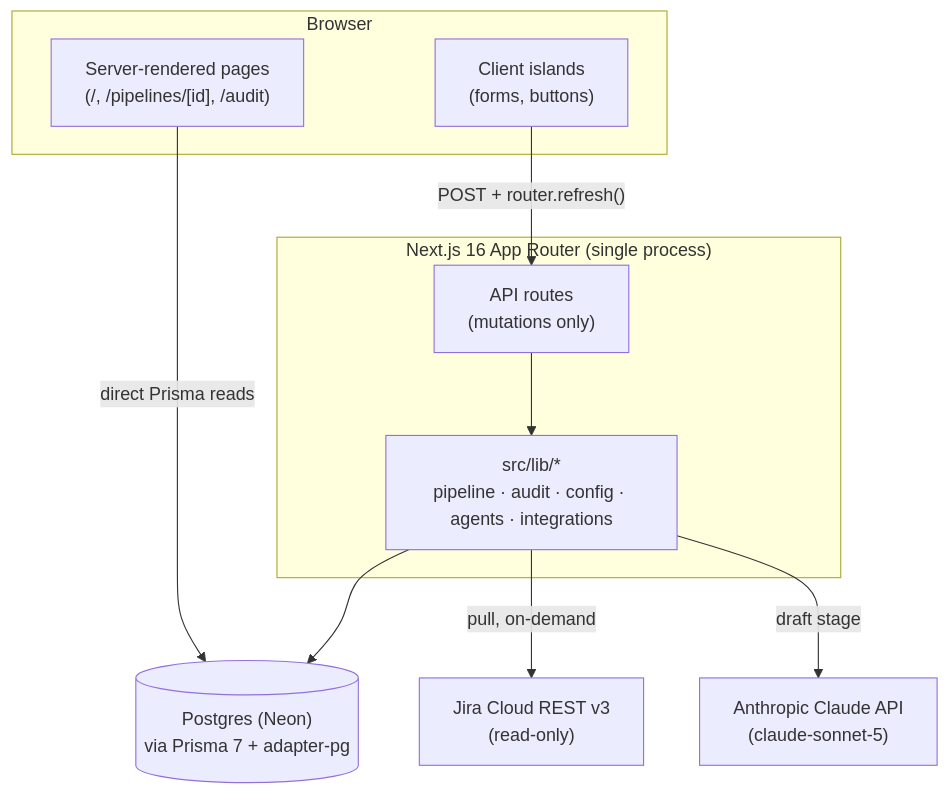
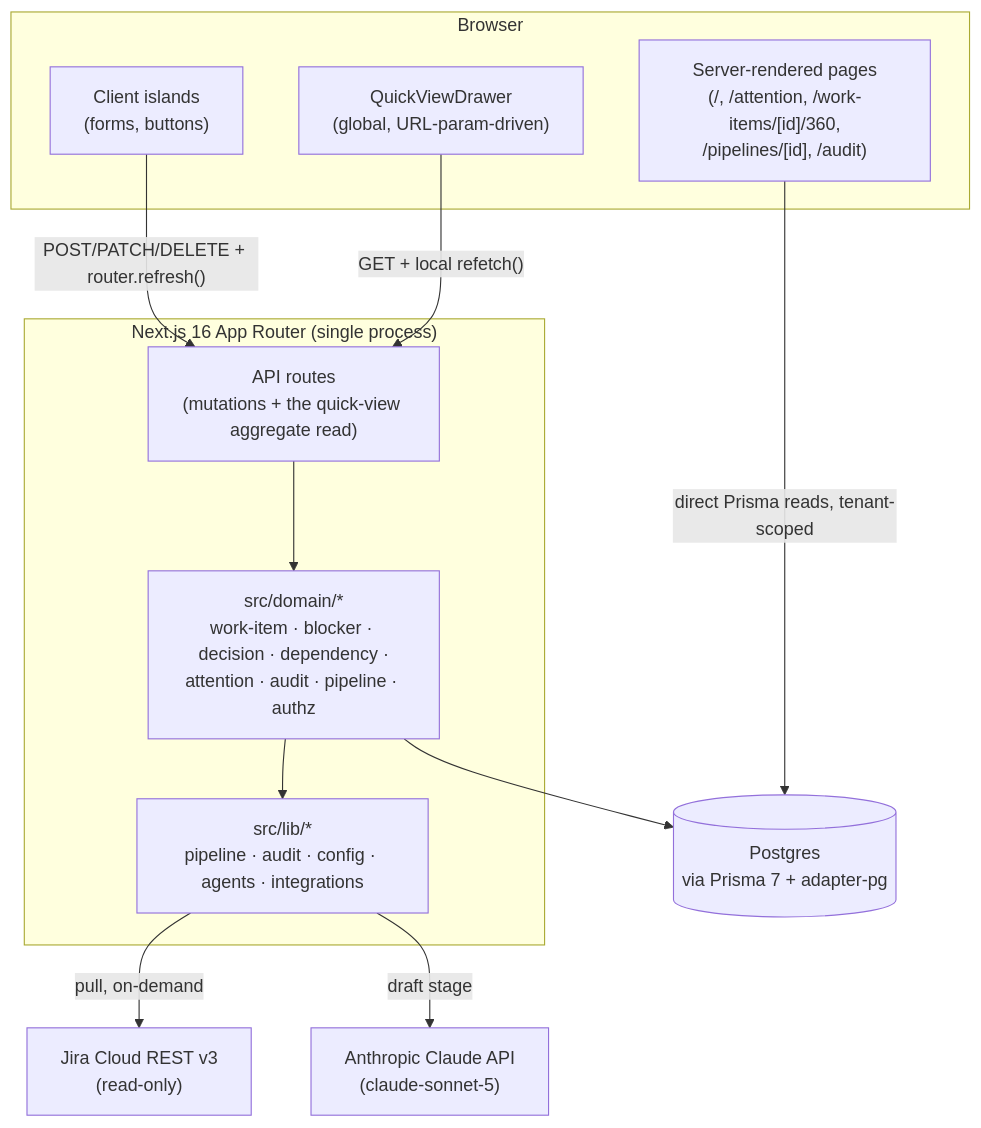
The fourth of 4 diagrams in docs/PRODUCT_SPEC.md (levavishay1-sketch/delivery-control-center), drawn with Mermaid before and after one commit. The commit also changed other lines of this file and 23 other files, not shown here.

````diff
--- a/docs/PRODUCT_SPEC.md
+++ b/docs/PRODUCT_SPEC.md
@@ -441,21 +658,25 @@
 ```mermaid
 flowchart TB
     subgraph Client["Browser"]
-        SC["Server-rendered pages<br/>(/, /pipelines/[id], /audit)"]
+        SC["Server-rendered pages<br/>(/, /attention, /work-items/[id]/360,<br/>/pipelines/[id], /audit)"]
         CI["Client islands<br/>(forms, buttons)"]
+        QV["QuickViewDrawer<br/>(global, URL-param-driven)"]
     end
     subgraph App["Next.js 16 App Router (single process)"]
-        Routes["API routes<br/>(mutations only)"]
+        Routes["API routes<br/>(mutations + the quick-view aggregate read)"]
+        Domain["src/domain/*<br/>work-item · blocker · decision · dependency ·<br/>attention · audit · pipeline · authz"]
         Lib["src/lib/*<br/>pipeline · audit · config · agents · integrations"]
     end
-    DB[("Postgres (Neon)<br/>via Prisma 7 + adapter-pg")]
+    DB[("Postgres<br/>via Prisma 7 + adapter-pg")]
     Jira["Jira Cloud REST v3<br/>(read-only)"]
     Claude["Anthropic Claude API<br/>(claude-sonnet-5)"]
 
-    SC -- "direct Prisma reads" --> DB
-    CI -- "POST + router.refresh()" --> Routes
-    Routes --> Lib
-    Lib --> DB
+    SC -- "direct Prisma reads, tenant-scoped" --> DB
+    CI -- "POST/PATCH/DELETE + router.refresh()" --> Routes
+    QV -- "GET + local refetch()" --> Routes
+    Routes --> Domain
+    Domain --> Lib
+    Domain --> DB
     Lib -- "pull, on-demand" --> Jira
     Lib -- "draft stage" --> Claude
 ```
````
